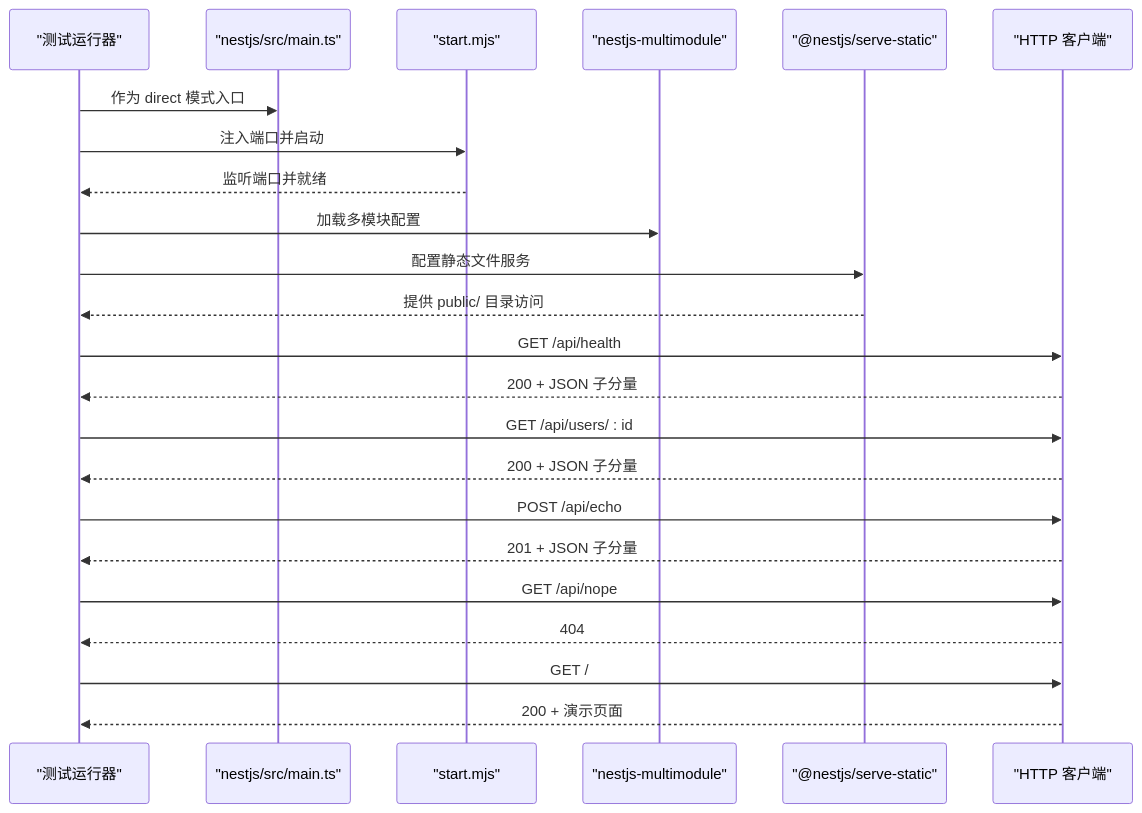
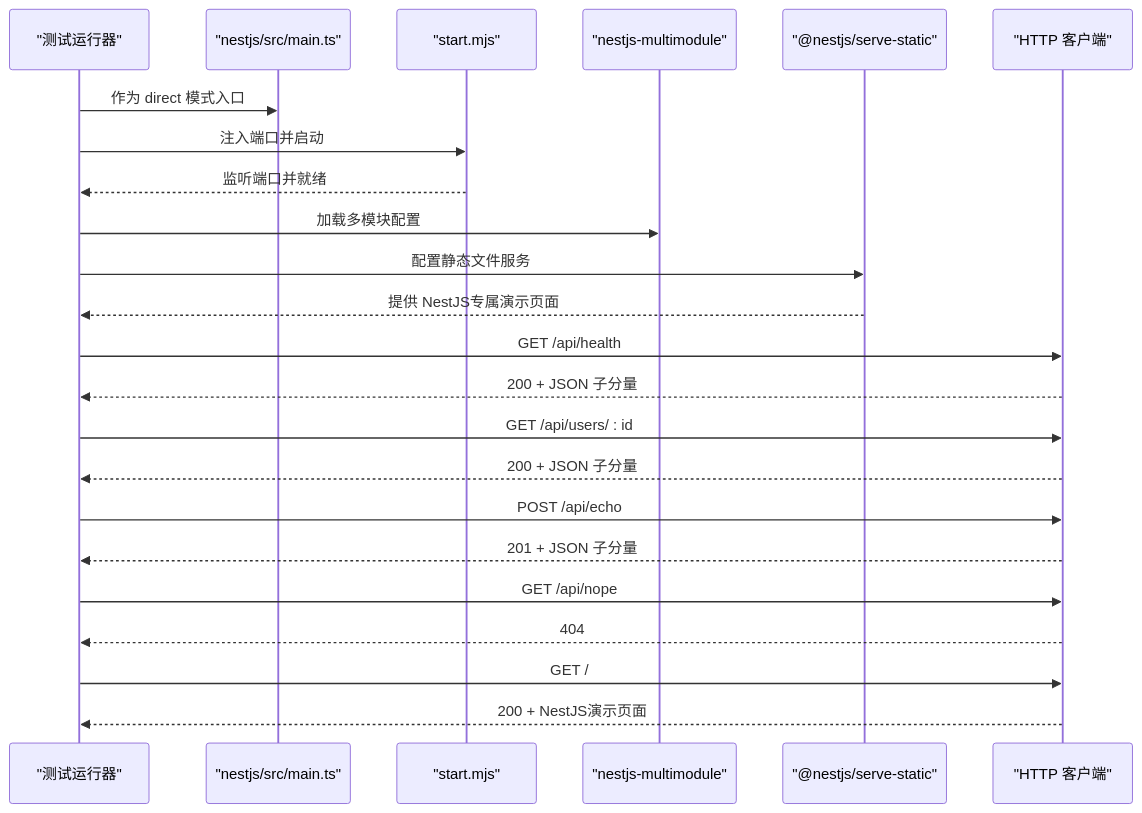
Before and after one commit to esa-sp/test-for-aone-ci: the fourth of 6 diagrams in .qoder/repowiki/zh/content/后端框架测试/后端框架测试套件.md, drawn with Mermaid. The commit also changed other lines of this file and 39 other files, not shown here.

````diff
--- a/.qoder/repowiki/zh/content/后端框架测试/后端框架测试套件.md
+++ b/.qoder/repowiki/zh/content/后端框架测试/后端框架测试套件.md
@@ -286,25 +264,25 @@
 ```mermaid
 sequenceDiagram
 participant Runner as "测试运行器"
 participant Entry as "nestjs/src/main.ts"
 participant StartMJS as "start.mjs"
 participant MultiModule as "nestjs-multimodule"
 participant Static as "@nestjs/serve-static"
 participant HTTP as "HTTP 客户端"
 Runner->>Entry : 作为 direct 模式入口
 Runner->>StartMJS : 注入端口并启动
 StartMJS-->>Runner : 监听端口并就绪
 Runner->>MultiModule : 加载多模块配置
 Runner->>Static : 配置静态文件服务
-Static-->>Runner : 提供 public/ 目录访问
+Static-->>Runner : 提供 NestJS专属演示页面
 Runner->>HTTP : GET /api/health
 HTTP-->>Runner : 200 + JSON 子分量
 Runner->>HTTP : GET /api/users/ : id
 HTTP-->>Runner : 200 + JSON 子分量
 Runner->>HTTP : POST /api/echo
 HTTP-->>Runner : 201 + JSON 子分量
 Runner->>HTTP : GET /api/nope
 HTTP-->>Runner : 404
 Runner->>HTTP : GET /
-HTTP-->>Runner : 200 + 演示页面
+HTTP-->>Runner : 200 + NestJS演示页面
 ```
````
